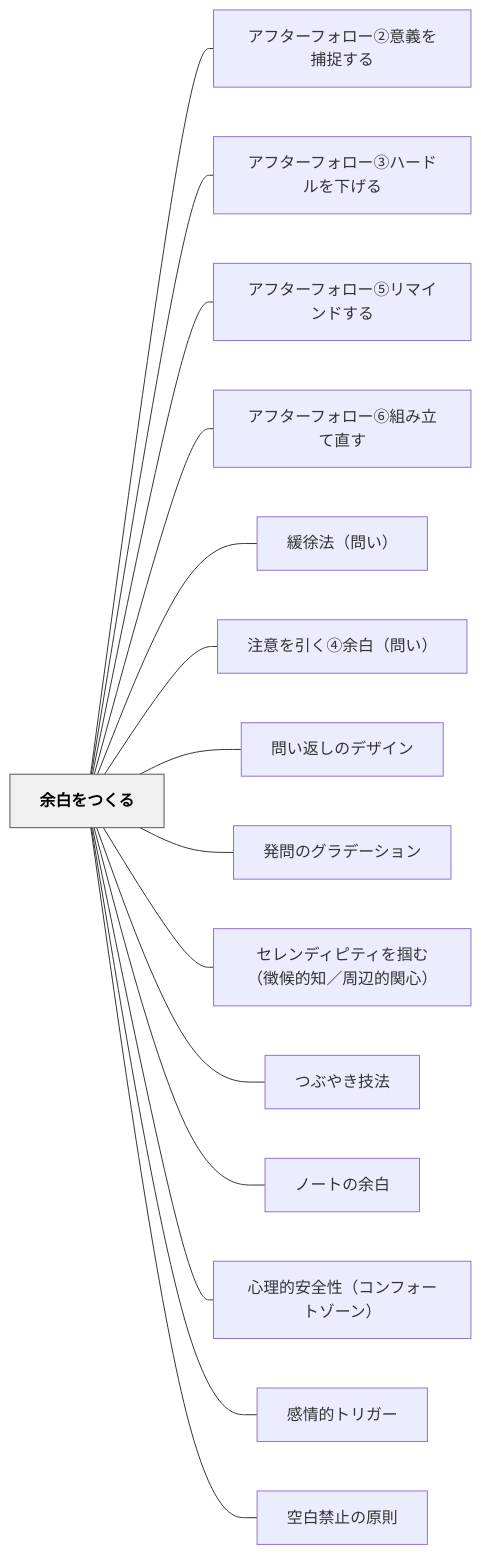
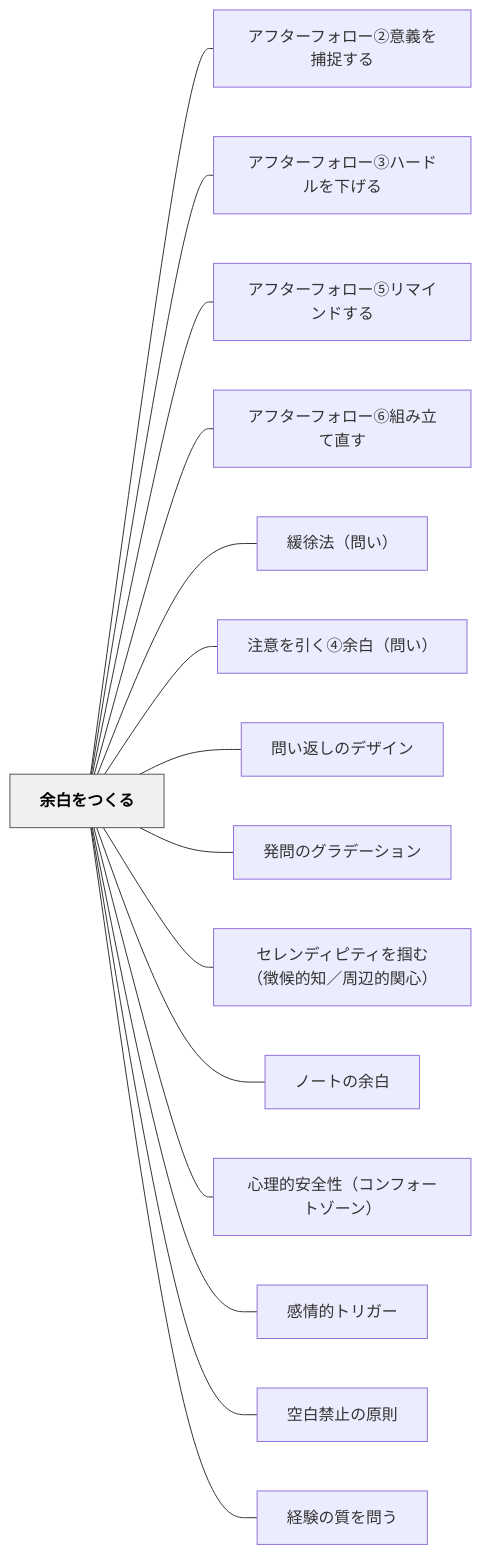
Before and after one commit to unknownthings-ed-patterns/unknownthings-ed-patterns: the diagram in content/パタン/余白をつくる.md, drawn with Mermaid. The commit also changed other lines of this file and 32 other files, not shown here.

````diff
--- a/content/パタン/余白をつくる.md
+++ b/content/パタン/余白をつくる.md
@@ -107,36 +106,36 @@
 ```mermaid
 flowchart LR
     ne4bd99e799bde38292e381a4e3818fe3828b["余白をつくる"]
     ne382a2e38395e382bfe383bce38395e382a9e383ade383bce291a1e6848fe7bea9e38292e68d95e68d89e38199e3828b["アフターフォロー②意義を捕捉する"]
     ne382a2e38395e382bfe383bce38395e382a9e383ade383bce291a2e3838fe383bce38389e383abe38292e4b88be38192e3828b["アフターフォロー③ハードルを下げる"]
     ne382a2e38395e382bfe383bce38395e382a9e383ade383bce291a4e383aae3839ee382a4e383b3e38389e38199e3828b["アフターフォロー⑤リマインドする"]
     ne382a2e38395e382bfe383bce38395e382a9e383ade383bce291a5e7b584e381bfe7ab8be381a6e79bb4e38199["アフターフォロー⑥組み立て直す"]
     ne7b7a9e5be90e6b395efbc88e5958fe38184efbc89["緩徐法（問い）"]
     ne6b3a8e6848fe38292e5bc95e3818fe291a3e4bd99e799bdefbc88e5958fe38184efbc89["注意を引く④余白（問い）"]
     ne5958fe38184e8bf94e38197e381aee38387e382b6e382a4e383b3["問い返しのデザイン"]
     ne799bae5958fe381aee382b0e383a9e38387e383bce382b7e383a7e383b3["発問のグラデーション"]
     ne382bbe383ace383b3e38387e382a3e38394e38386e382a3e38292e68eb4e38280efbc88e5beb4e58099e79a84e79fa5efbc8fe591a8e8bebae79a84e996a2e5bf83efbc89["セレンディピティを掴む（徴候的知／周辺的関心）"]
-    ne381a4e381b6e38284e3818de68a80e6b395["つぶやき技法"]
     ne3838ee383bce38388e381aee4bd99e799bd["ノートの余白"]
     ne5bf83e79086e79a84e5ae89e585a8e680a7efbc88e382b3e383b3e38395e382a9e383bce38388e382bee383bce383b3efbc89["心理的安全性（コンフォートゾーン）"]
     ne6849fe68385e79a84e38388e383aae382ace383bc["感情的トリガー"]
     ne7a9bae799bde7a681e6ada2e381aee58e9fe58987["空白禁止の原則"]
+    ne7b58ce9a893e381aee8b3aae38292e5958fe38186["経験の質を問う"]
 
     ne4bd99e799bde38292e381a4e3818fe3828b --- ne382a2e38395e382bfe383bce38395e382a9e383ade383bce291a1e6848fe7bea9e38292e68d95e68d89e38199e3828b
     ne4bd99e799bde38292e381a4e3818fe3828b --- ne382a2e38395e382bfe383bce38395e382a9e383ade383bce291a2e3838fe383bce38389e383abe38292e4b88be38192e3828b
     ne4bd99e799bde38292e381a4e3818fe3828b --- ne382a2e38395e382bfe383bce38395e382a9e383ade383bce291a4e383aae3839ee382a4e383b3e38389e38199e3828b
     ne4bd99e799bde38292e381a4e3818fe3828b --- ne382a2e38395e382bfe383bce38395e382a9e383ade383bce291a5e7b584e381bfe7ab8be381a6e79bb4e38199
     ne4bd99e799bde38292e381a4e3818fe3828b --- ne7b7a9e5be90e6b395efbc88e5958fe38184efbc89
     ne4bd99e799bde38292e381a4e3818fe3828b --- ne6b3a8e6848fe38292e5bc95e3818fe291a3e4bd99e799bdefbc88e5958fe38184efbc89
     ne4bd99e799bde38292e381a4e3818fe3828b --- ne5958fe38184e8bf94e38197e381aee38387e382b6e382a4e383b3
     ne4bd99e799bde38292e381a4e3818fe3828b --- ne799bae5958fe381aee382b0e383a9e38387e383bce382b7e383a7e383b3
     ne4bd99e799bde38292e381a4e3818fe3828b --- ne382bbe383ace383b3e38387e382a3e38394e38386e382a3e38292e68eb4e38280efbc88e5beb4e58099e79a84e79fa5efbc8fe591a8e8bebae79a84e996a2e5bf83efbc89
-    ne4bd99e799bde38292e381a4e3818fe3828b --- ne381a4e381b6e38284e3818de68a80e6b395
     ne4bd99e799bde38292e381a4e3818fe3828b --- ne3838ee383bce38388e381aee4bd99e799bd
     ne4bd99e799bde38292e381a4e3818fe3828b --- ne5bf83e79086e79a84e5ae89e585a8e680a7efbc88e382b3e383b3e38395e382a9e383bce38388e382bee383bce383b3efbc89
     ne4bd99e799bde38292e381a4e3818fe3828b --- ne6849fe68385e79a84e38388e383aae382ace383bc
     ne4bd99e799bde38292e381a4e3818fe3828b --- ne7a9bae799bde7a681e6ada2e381aee58e9fe58987
+    ne4bd99e799bde38292e381a4e3818fe3828b --- ne7b58ce9a893e381aee8b3aae38292e5958fe38186
 
     classDef hub fill:#f0f0f0,stroke:#555,color:#000,font-weight:bold
     class ne4bd99e799bde38292e381a4e3818fe3828b hub
 ```
````
